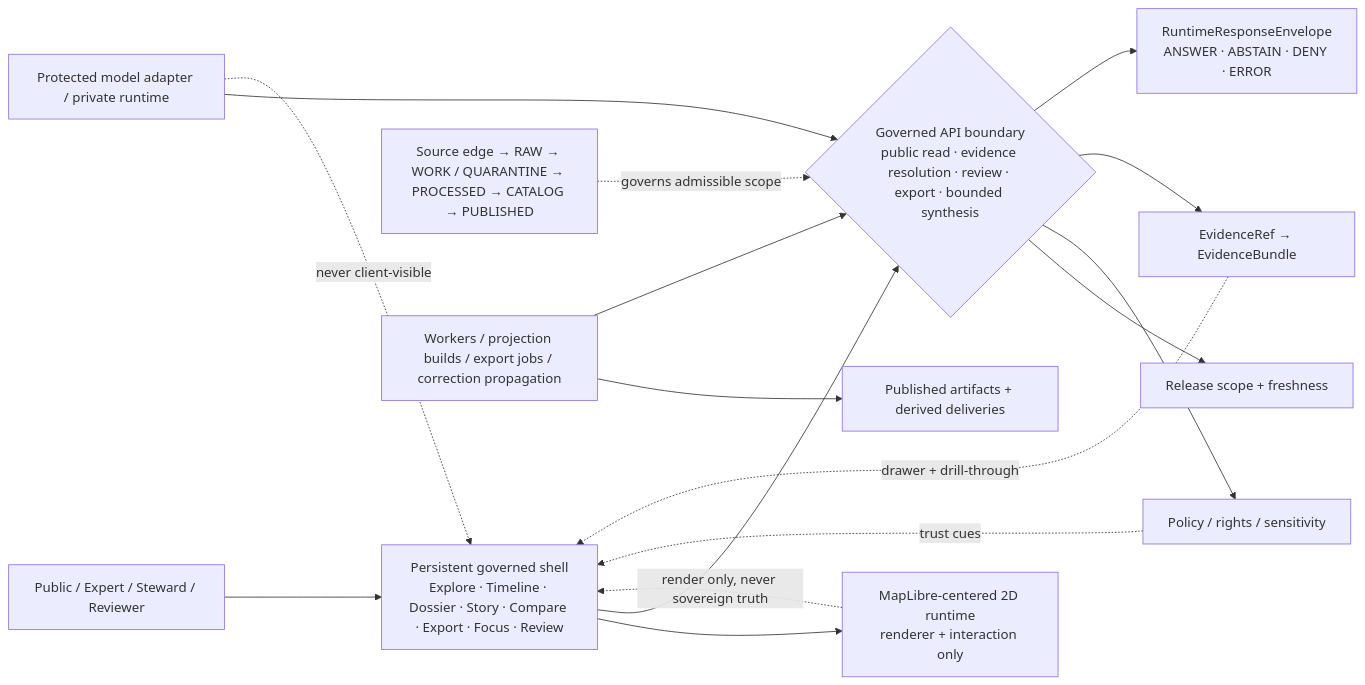
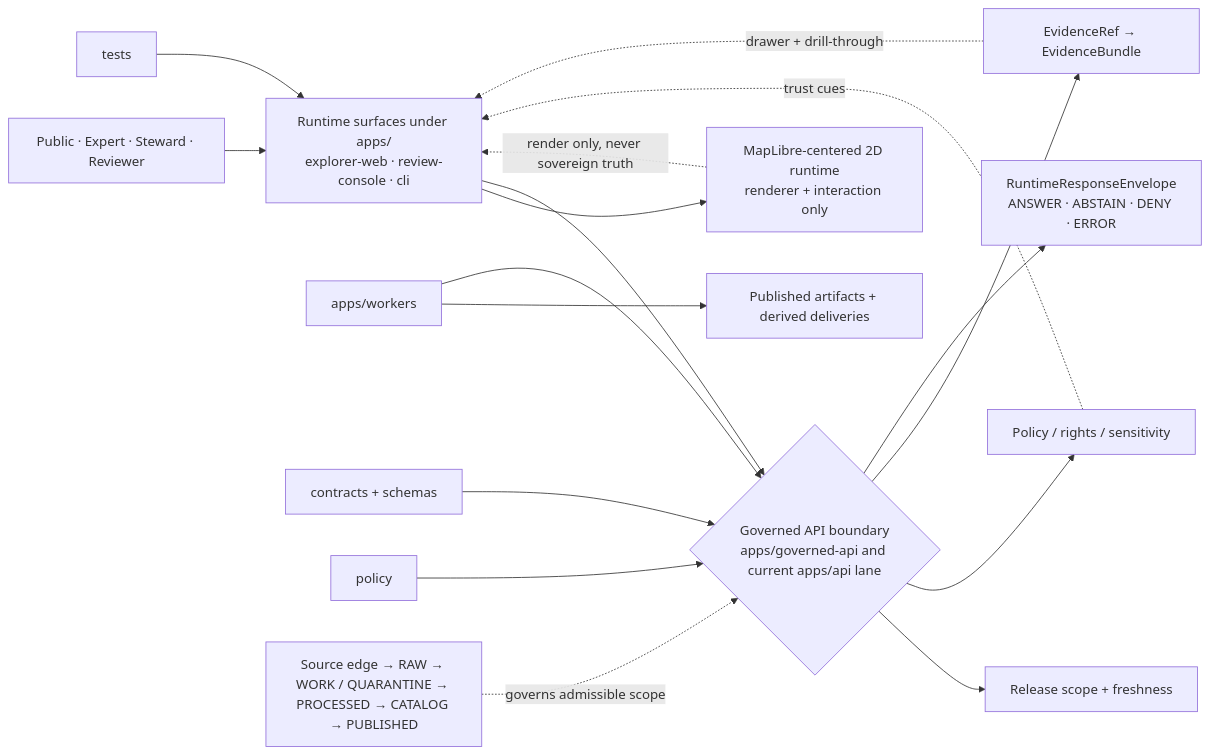
One commit to bartytime4life/Kansas-Frontier-Matrix changed the diagram in apps/README.md. Above: the diagram before and after it, drawn with Mermaid. The commit also changed other lines of this file, not shown here.

````diff
--- a/apps/README.md
+++ b/apps/README.md
@@ -393,23 +334,24 @@
 ```mermaid
 flowchart LR
-    User[Public / Expert / Steward / Reviewer] --> Shell[Persistent governed shell<br/>Explore · Timeline · Dossier · Story · Compare · Export · Focus · Review]
+    User[Public · Expert · Steward · Reviewer] --> Shell[Runtime surfaces under apps/<br/>explorer-web · review-console · cli]
 
     Shell --> MapRuntime[MapLibre-centered 2D runtime<br/>renderer + interaction only]
-    Shell --> API{Governed API boundary<br/>public read · evidence resolution · review · export · bounded synthesis}
+    Shell --> APIBoundary{Governed API boundary<br/>apps/governed-api and current apps/api lane}
 
-    API --> Release[Release scope + freshness]
-    API --> Policy[Policy / rights / sensitivity]
-    API --> Evidence[EvidenceRef → EvidenceBundle]
-    API --> Runtime[RuntimeResponseEnvelope<br/>ANSWER · ABSTAIN · DENY · ERROR]
+    APIBoundary --> Release[Release scope + freshness]
+    APIBoundary --> Policy[Policy / rights / sensitivity]
+    APIBoundary --> Evidence[EvidenceRef → EvidenceBundle]
+    APIBoundary --> Runtime[RuntimeResponseEnvelope<br/>ANSWER · ABSTAIN · DENY · ERROR]
 
-    Canonical[Source edge → RAW → WORK / QUARANTINE → PROCESSED → CATALOG → PUBLISHED] -. governs admissible scope .-> API
-    Workers[Workers / projection builds / export jobs / correction propagation] --> Published[Published artifacts + derived deliveries]
-    Workers --> API
+    Workers[apps/workers] --> Published[Published artifacts + derived deliveries]
+    Workers --> APIBoundary
 
-    Model[Protected model adapter / private runtime] --> API
-    Model -. never client-visible .-> Shell
+    Contracts[contracts + schemas] --> APIBoundary
+    PolicySurface[policy] --> APIBoundary
+    Tests[tests] --> Shell
 
+    Canonical[Source edge → RAW → WORK / QUARANTINE → PROCESSED → CATALOG → PUBLISHED] -. governs admissible scope .-> APIBoundary
     MapRuntime -. render only, never sovereign truth .-> Shell
     Evidence -. drawer + drill-through .-> Shell
     Policy -. trust cues .-> Shell
 ```
````
